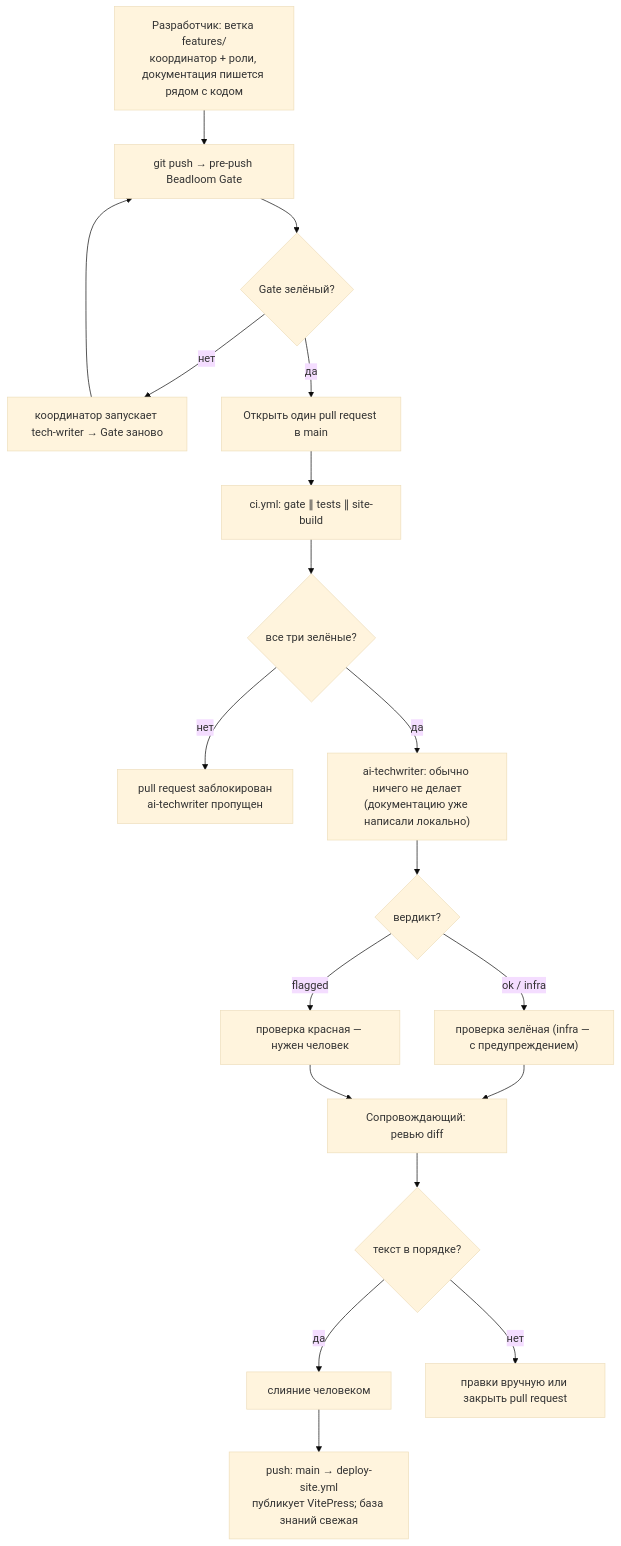
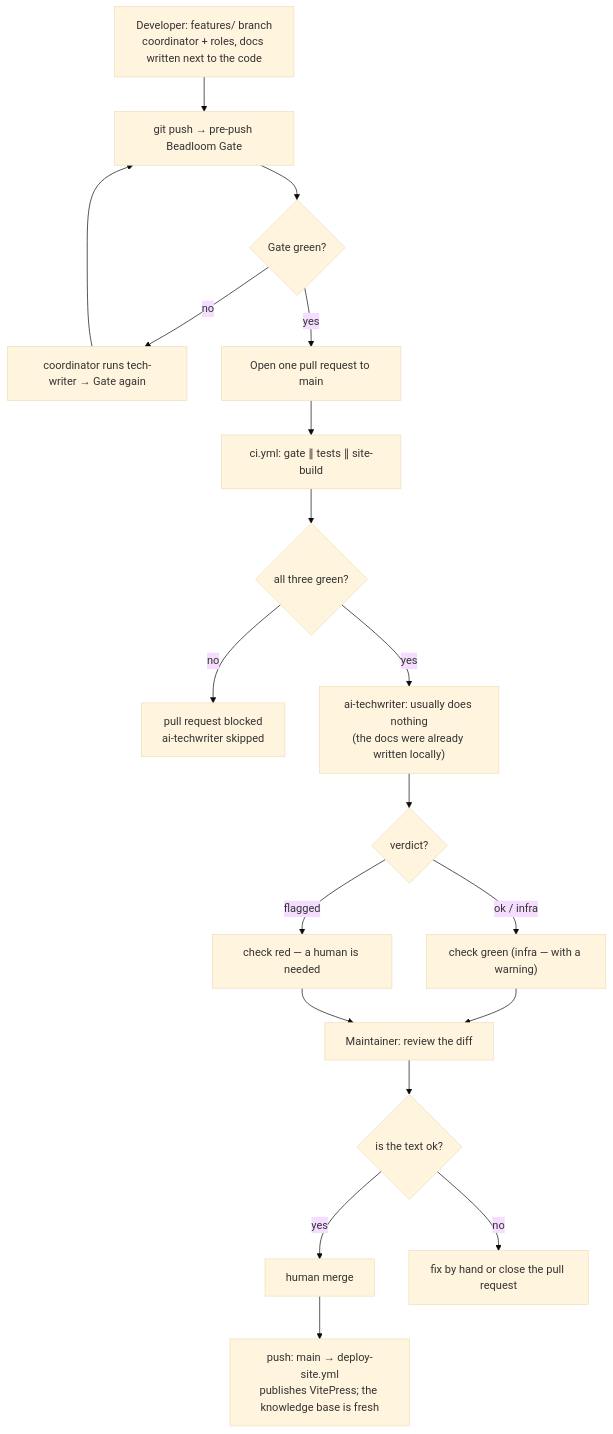
Before and after one commit to zoologov/beadloom: the tenth of 10 diagrams in docs/guides/multi-agent-development.md, drawn with Mermaid (base theme). The commit also changed other lines of this file and 134 other files, not shown here.

````diff
--- a/docs/guides/multi-agent-development.md
+++ b/docs/guides/multi-agent-development.md
@@ -470,26 +472,26 @@
 ```mermaid
 flowchart TD
-  A["Разработчик: ветка features/<KEY><br/>координатор + роли, документация пишется рядом с кодом"] --> PP["git push → pre-push Beadloom Gate"]
-  PP --> PPRED{"Gate зелёный?"}
-  PPRED -->|нет| PPFIX["координатор запускает tech-writer → Gate заново"]
+  A["Developer: features/<KEY> branch<br/>coordinator + roles, docs written next to the code"] --> PP["git push → pre-push Beadloom Gate"]
+  PP --> PPRED{"Gate green?"}
+  PPRED -->|no| PPFIX["coordinator runs tech-writer → Gate again"]
   PPFIX --> PP
-  PPRED -->|да| B["Открыть один pull request в main"]
+  PPRED -->|yes| B["Open one pull request to main"]
   B --> C["ci.yml: gate ∥ tests ∥ site-build"]
 
-  C --> D{"все три зелёные?"}
-  D -->|нет| Z["pull request заблокирован<br/>ai-techwriter пропущен"]
-  D -->|да| E["ai-techwriter: обычно ничего не делает<br/>(документацию уже написали локально)"]
+  C --> D{"all three green?"}
+  D -->|no| Z["pull request blocked<br/>ai-techwriter skipped"]
+  D -->|yes| E["ai-techwriter: usually does nothing<br/>(the docs were already written locally)"]
 
-  E --> F{"вердикт?"}
-  F -->|ok / infra| G["проверка зелёная (infra — с предупреждением)"]
-  F -->|flagged| H["проверка красная — нужен человек"]
+  E --> F{"verdict?"}
+  F -->|ok / infra| G["check green (infra — with a warning)"]
+  F -->|flagged| H["check red — a human is needed"]
 
-  G --> I["Сопровождающий: ревью diff"]
+  G --> I["Maintainer: review the diff"]
   H --> I
 
-  I --> J{"текст в порядке?"}
-  J -->|да| K["слияние человеком"]
-  J -->|нет| L["правки вручную или закрыть pull request"]
+  I --> J{"is the text ok?"}
+  J -->|yes| K["human merge"]
+  J -->|no| L["fix by hand or close the pull request"]
 
-  K --> M["push: main → deploy-site.yml<br/>публикует VitePress; база знаний свежая"]
+  K --> M["push: main → deploy-site.yml<br/>publishes VitePress; the knowledge base is fresh"]
 ```
````
